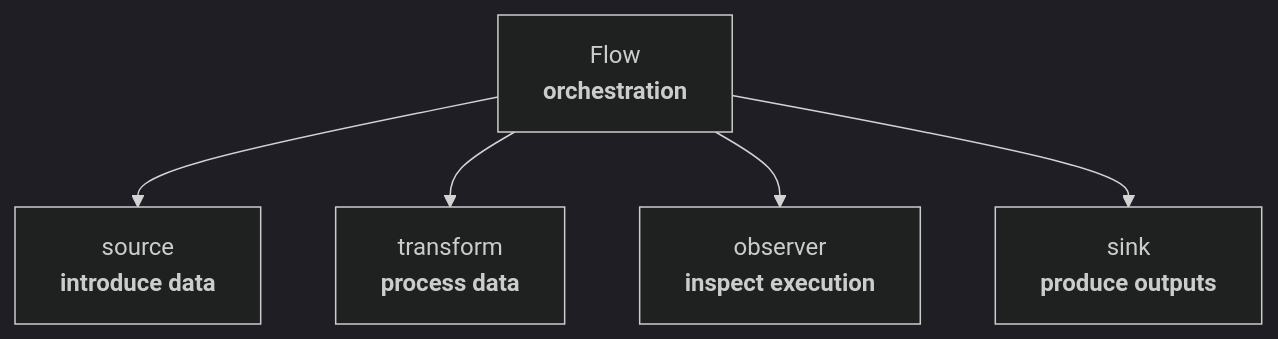
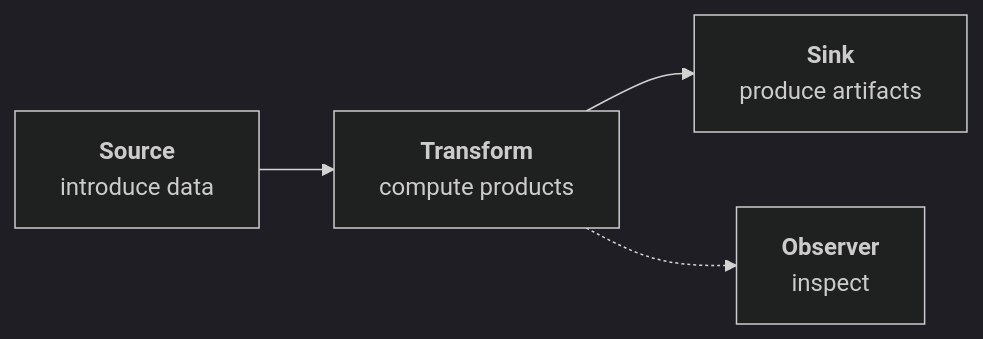
Before and after one commit to FAST-HEP/fasthep-flow: the third of 3 diagrams in docs/index.md, drawn with Mermaid (dark theme). The commit also changed other lines of this file and 7 other files, not shown here.

````diff
--- a/docs/index.md
+++ b/docs/index.md
@@ -66,14 +71,10 @@
 ```{mermaid}
-flowchart TD
-    Flow["Flow<br/><b>orchestration</b>"]
+flowchart LR
+    Source["<b>Source</b><br/>introduce data"]:::source
+    Transform["<b>Transform</b><br/>compute products"]:::transform
+    Observer["<b>Observer</b><br/>inspect"]:::observer
+    Sink["<b>Sink</b><br/>produce artifacts"]:::sink
 
-    Source["source<br/><b>introduce data</b>"]
-    Transform["transform<br/><b>process data</b>"]
-    Observer["observer<br/><b>inspect execution</b>"]
-    Sink["sink<br/><b>produce outputs</b>"]
-
-    Flow --> Source
-    Flow --> Transform
-    Flow --> Observer
-    Flow --> Sink
+    Source --> Transform --> Sink
+    Transform -.-> Observer
 ```
````
